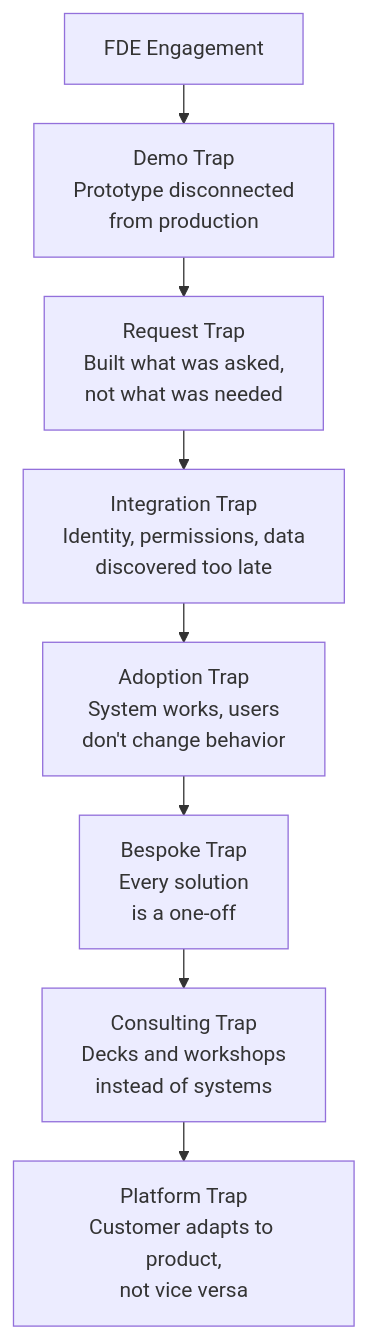
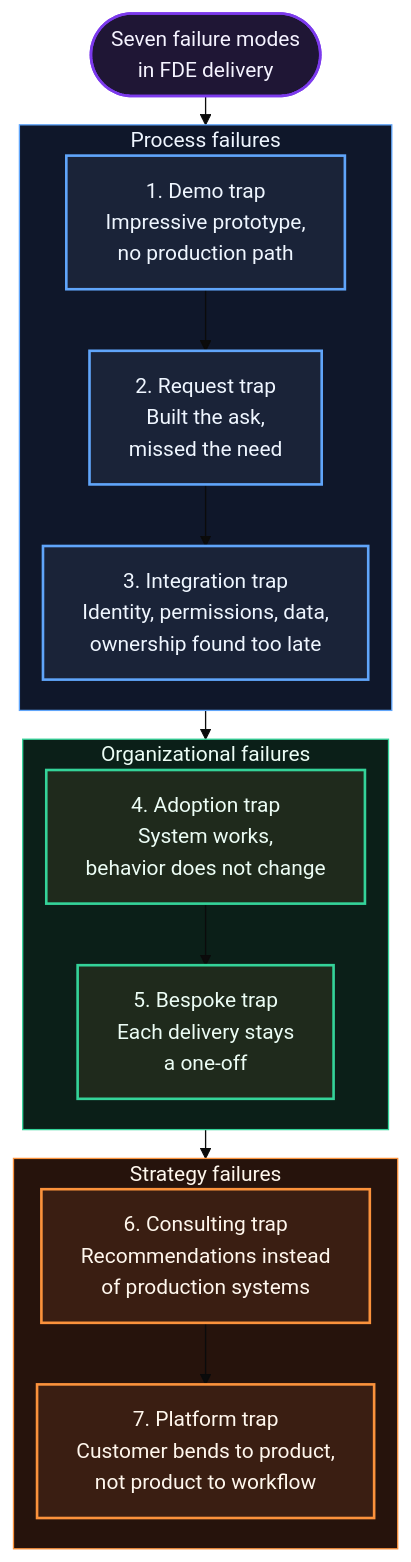
One commit to rmax-ai/rmax-ai.github.io changed the third of 3 diagrams in notes/fde-principles-production-ai/index.md. Above: the diagram before and after it, drawn with Mermaid. The commit also changed other lines of this file and 1 other file, not shown here.

Commit message:
fix: Codex UI redesign — color-coded, grouped, scannable diagrams
- Diagram 1: compact boundary contrast (product → too narrow → FDE), 3 grouped concepts instead of 8 nodes, color-coded
- Diagram 3: 7 traps grouped into Process/Organizational/Strategy subgraphs with distinct colors and numbering

````diff
--- a/notes/fde-principles-production-ai/index.md
+++ b/notes/fde-principles-production-ai/index.md
@@ -294,13 +290,43 @@
 ```mermaid
-%%{init: {'flowchart': {'nodeSpacing': 30, 'rankSpacing': 30}}}%%
+%%{init: {'theme': 'base', 'flowchart': {'nodeSpacing': 16, 'rankSpacing': 22, 'curve': 'linear'}}}%%
 flowchart TD
-    FDE[FDE Engagement]
+    FDE(["Seven failure modes<br/>in FDE delivery"])
 
-    FDE --> T1["Demo Trap<br/>Prototype disconnected<br/>from production"]
-    T1 --> T2["Request Trap<br/>Built what was asked,<br/>not what was needed"]
-    T2 --> T3["Integration Trap<br/>Identity, permissions, data<br/>discovered too late"]
-    T3 --> T4["Adoption Trap<br/>System works, users<br/>don't change behavior"]
-    T4 --> T5["Bespoke Trap<br/>Every solution<br/>is a one-off"]
-    T5 --> T6["Consulting Trap<br/>Decks and workshops<br/>instead of systems"]
-    T6 --> T7["Platform Trap<br/>Customer adapts to product,<br/>not vice versa"]
+    subgraph P["Process failures"]
+        direction TD
+        T1["1. Demo trap<br/>Impressive prototype,<br/>no production path"]
+        T2["2. Request trap<br/>Built the ask,<br/>missed the need"]
+        T3["3. Integration trap<br/>Identity, permissions, data,<br/>ownership found too late"]
+        T1 --> T2 --> T3
+    end
+
+    subgraph O["Organizational failures"]
+        direction TD
+        T4["4. Adoption trap<br/>System works,<br/>behavior does not change"]
+        T5["5. Bespoke trap<br/>Each delivery stays<br/>a one-off"]
+        T4 --> T5
+    end
+
+    subgraph S["Strategy failures"]
+        direction TD
+        T6["6. Consulting trap<br/>Recommendations instead<br/>of production systems"]
+        T7["7. Platform trap<br/>Customer bends to product,<br/>not product to workflow"]
+        T6 --> T7
+    end
+
+    FDE --> T1
+    T3 --> T4
+    T5 --> T6
+
+    classDef lead fill:#1f1635,stroke:#7c3aed,stroke-width:2px,color:#f5f3ff;
+    classDef process fill:#1a2338,stroke:#60a5fa,stroke-width:2px,color:#eff6ff;
+    classDef org fill:#1f2a1c,stroke:#34d399,stroke-width:2px,color:#ecfdf5;
+    classDef strat fill:#3a1e12,stroke:#fb923c,stroke-width:2px,color:#fff7ed;
+    class FDE lead;
+    class T1,T2,T3 process;
+    class T4,T5 org;
+    class T6,T7 strat;
+    style P fill:#0f172a,stroke:#60a5fa,stroke-width:1px,color:#eff6ff;
+    style O fill:#0b1f18,stroke:#34d399,stroke-width:1px,color:#ecfdf5;
+    style S fill:#26130c,stroke:#fb923c,stroke-width:1px,color:#fff7ed;
 ```
````
